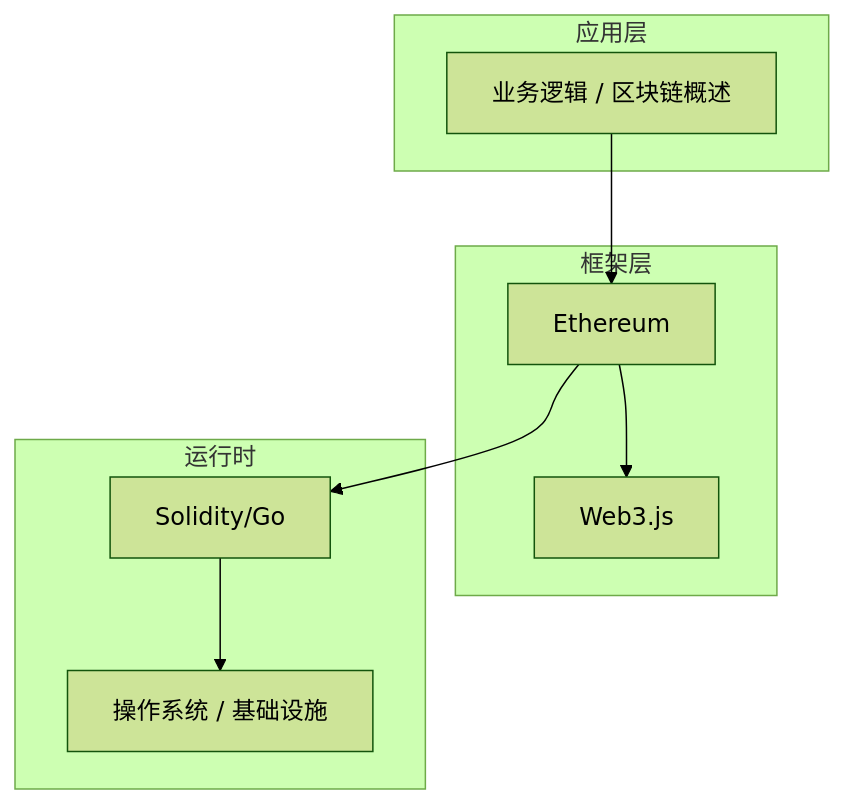
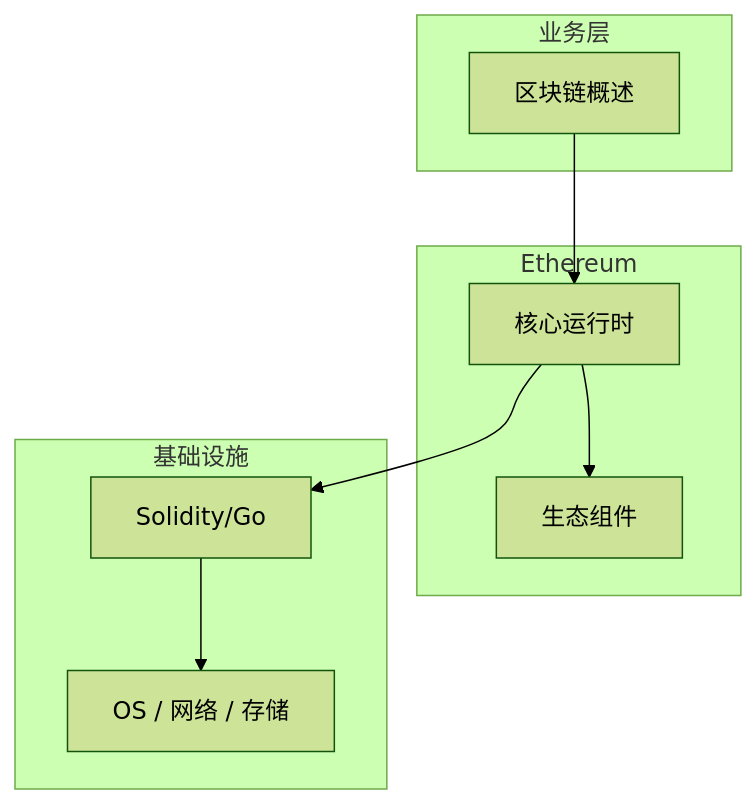
The diagram in articles/区块链/chapters/001-区块链概述核心概念与原理.md (yanggan2015/knowledge-json-v2), drawn with Mermaid (forest theme) before and after one commit. The commit also changed other lines of this file and 10127 other files, not shown here.

````diff
--- a/articles/区块链/chapters/001-区块链概述核心概念与原理.md
+++ b/articles/区块链/chapters/001-区块链概述核心概念与原理.md
@@ -45,18 +30,18 @@
 ```mermaid
 graph TB
-    subgraph 应用层
-        A[业务逻辑 / 区块链概述]
+    subgraph 业务层
+        A[区块链概述]
     end
-    subgraph 框架层
-        B[Ethereum]
-        C[Web3.js]
+    subgraph Ethereum
+        B[核心运行时]
+        C[生态组件]
     end
-    subgraph 运行时
+    subgraph 基础设施
         D[Solidity/Go]
-        E[操作系统 / 基础设施]
+        E[OS / 网络 / 存储]
     end
     A --> B
     B --> C
     B --> D
     D --> E
 ```
````
